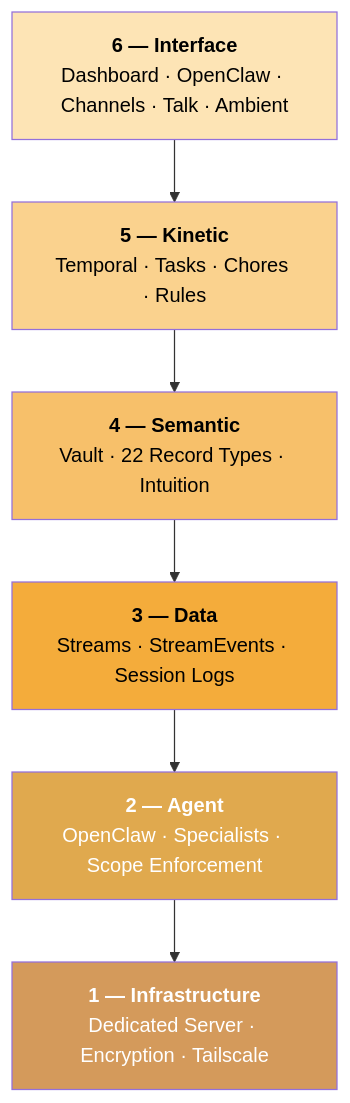
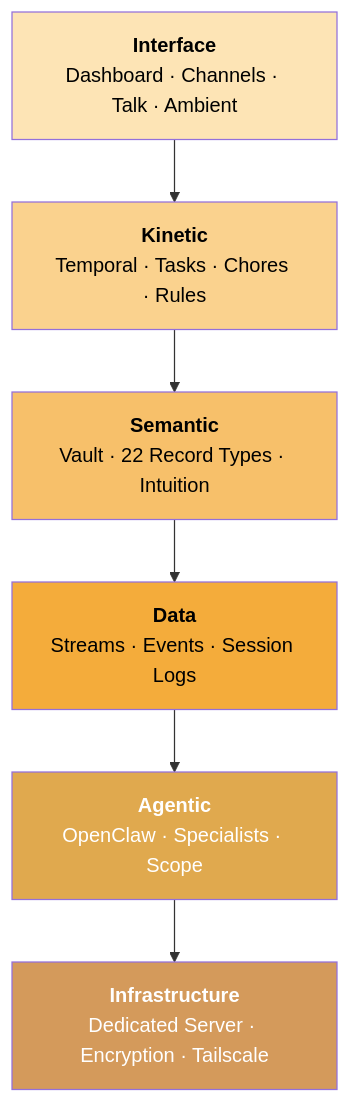
The diagram in how-it-works.mdx (ssdavidai/alfred-documentation), drawn with Mermaid before and after one commit. The commit also changed other lines of this file and 13 other files, not shown here.

First line of the commit message:
Merge feature pages into architecture layers, fix naming and voice

````diff
--- a/how-it-works.mdx
+++ b/how-it-works.mdx
@@ -9,22 +9,22 @@
 ```mermaid
 graph TB
-    L6["<b>6 — Interface</b><br/>Dashboard · OpenClaw · Channels · Talk · Ambient"]
-    L5["<b>5 — Kinetic</b><br/>Temporal · Tasks · Chores · Rules"]
-    L4["<b>4 — Semantic</b><br/>Vault · 22 Record Types · Intuition"]
-    L3["<b>3 — Data</b><br/>Streams · StreamEvents · Session Logs"]
-    L2["<b>2 — Agent</b><br/>OpenClaw · Specialists · Scope Enforcement"]
-    L1["<b>1 — Infrastructure</b><br/>Dedicated Server · Encryption · Tailscale"]
+    L6["<b>Interface</b><br/>Dashboard · Channels · Talk · Ambient"]
+    L5["<b>Kinetic</b><br/>Temporal · Tasks · Chores · Rules"]
+    L4["<b>Semantic</b><br/>Vault · 22 Record Types · Intuition"]
+    L3["<b>Data</b><br/>Streams · Events · Session Logs"]
+    L2["<b>Agentic</b><br/>OpenClaw · Specialists · Scope"]
+    L1["<b>Infrastructure</b><br/>Dedicated Server · Encryption · Tailscale"]
 
     L6 --> L5
     L5 --> L4
     L4 --> L3
     L3 --> L2
     L2 --> L1
 
     style L1 fill:#d49a5b,color:#fff
     style L2 fill:#e0a94e,color:#fff
     style L3 fill:#f4ac3b,color:#000
     style L4 fill:#f7c06a,color:#000
     style L5 fill:#fad28e,color:#000
     style L6 fill:#fde4b5,color:#000
 ```
````
